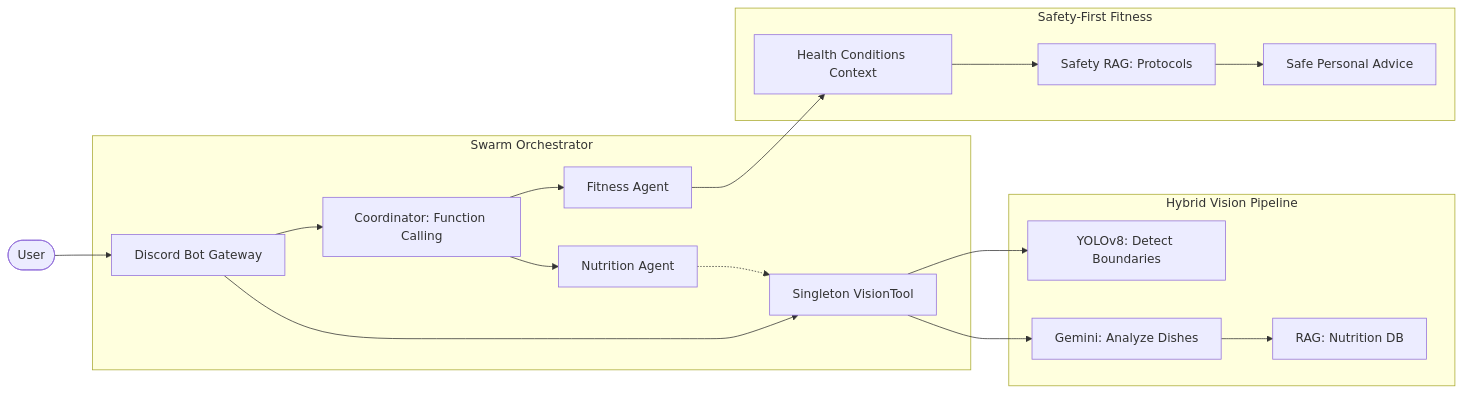
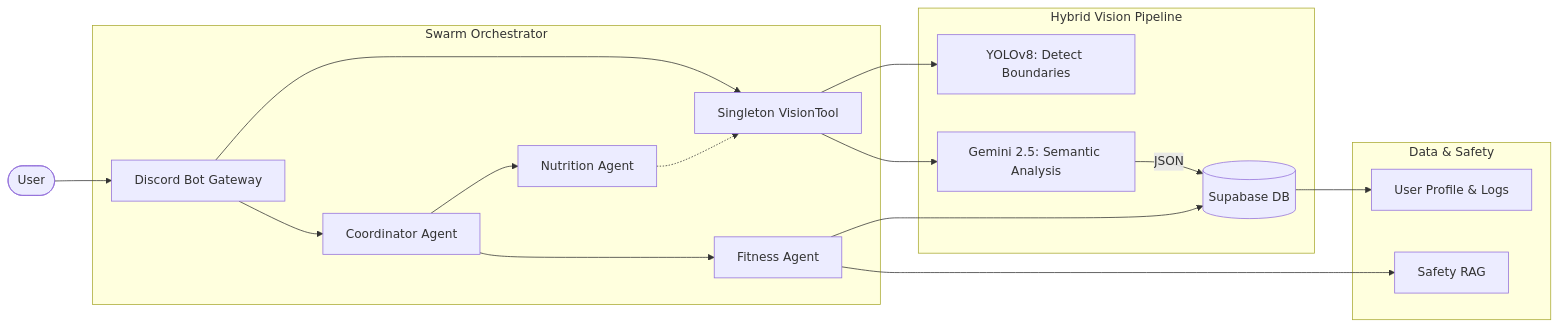
The diagram in docs/milestones/milestone2/milestone 2 report.md (kevinhust/capstonetest), drawn with Mermaid before and after one commit. The commit also changed other lines of this file and 5 other files, not shown here.

Commit message:
feat: Enhance Docker configuration for environment variable mapping, improve nutrition agent safety net, and add Markdown to HTML conversion scripts

````diff
--- a/docs/milestones/milestone2/milestone 2 report.md
+++ b/docs/milestones/milestone2/milestone 2 report.md
@@ -52,24 +45,24 @@
 ```mermaid
 graph LR
     User([User]) --> Discord[Discord Bot Gateway]
     
     subgraph "Swarm Orchestrator"
         Discord --> VisionS[Singleton VisionTool]
-        Discord --> Coord[Coordinator: Function Calling]
-        Coord --> Nutr[Nutrition Agent]
-        Coord --> Fit[Fitness Agent]
+        Discord --> Coordinator[Coordinator Agent]
+        Coordinator --> Nutr[Nutrition Agent]
+        Coordinator --> Fit[Fitness Agent]
     end
 
     subgraph "Hybrid Vision Pipeline"
         Nutr -.-> VisionS
         VisionS --> YOLO[YOLOv8: Detect Boundaries]
-        VisionS --> Gem[Gemini: Analyze Dishes]
-        Gem --> RAG_N[RAG: Nutrition DB]
+        VisionS --> Gem[Gemini 2.5: Semantic Analysis]
+        Gem --JSON--> DB[(Supabase DB)]
     end
 
-    subgraph "Safety-First Fitness"
-        Fit --> Cond[Health Conditions Context]
-        Cond --> RAG_S[Safety RAG: Protocols]
-        RAG_S --> Advice[Safe Personal Advice]
+    subgraph "Data & Safety"
+        Fit --> DB
+        Fit --> Safety[Safety RAG]
+        DB --> Profile[User Profile & Logs]
     end
 ```
````
